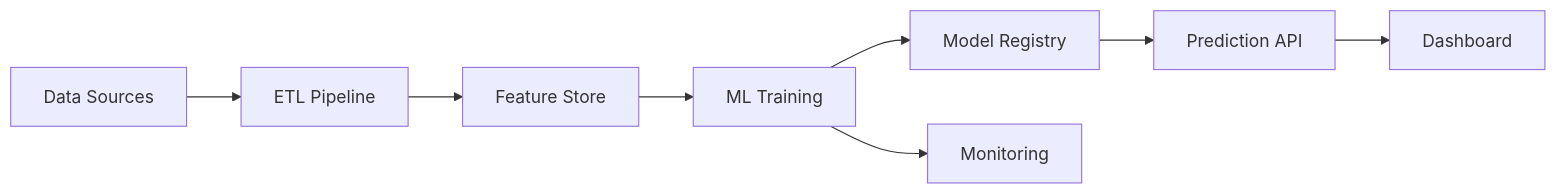
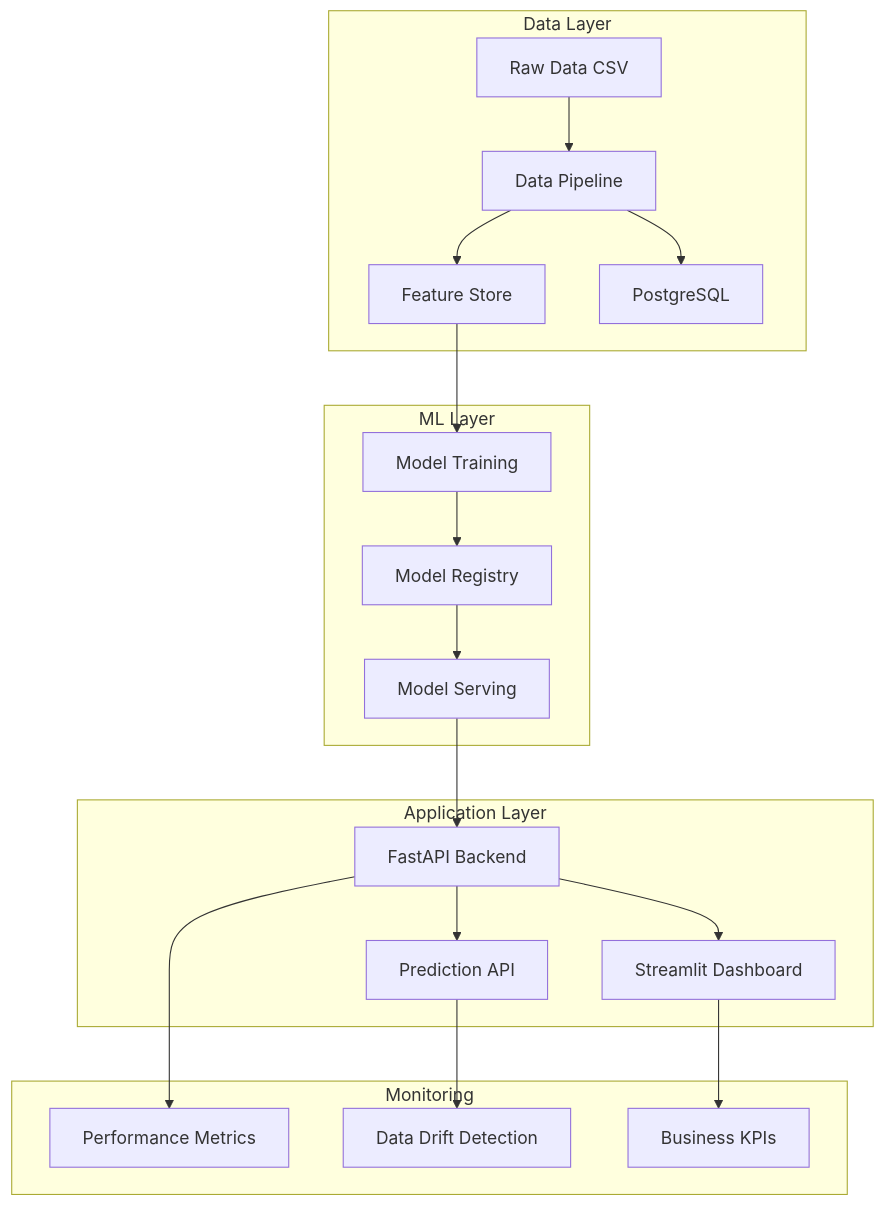
The diagram in README.md (DiazSk/telco-customer-intelligence), drawn with Mermaid before and after one commit. The commit also changed other lines of this file, not shown here.

````diff
--- a/README.md
+++ b/README.md
@@ -25,10 +94,30 @@
 ```mermaid
-graph LR
-    A[Data Sources] --> B[ETL Pipeline]
-    B --> C[Feature Store]
-    C --> D[ML Training]
-    D --> E[Model Registry]
-    E --> F[Prediction API]
-    F --> G[Dashboard]
-    D --> H[Monitoring]
+graph TB
+    subgraph Data Layer
+        A[Raw Data CSV] --> B[Data Pipeline]
+        B --> C[Feature Store]
+        B --> D[PostgreSQL]
+    end
+    
+    subgraph ML Layer
+        C --> E[Model Training]
+        E --> F[Model Registry]
+        F --> G[Model Serving]
+    end
+    
+    subgraph Application Layer
+        G --> H[FastAPI Backend]
+        H --> I[Streamlit Dashboard]
+        H --> J[Prediction API]
+    end
+    
+    subgraph Monitoring
+        K[Performance Metrics]
+        L[Data Drift Detection]
+        M[Business KPIs]
+    end
+    
+    H --> K
+    I --> M
+    J --> L
 ```
````
